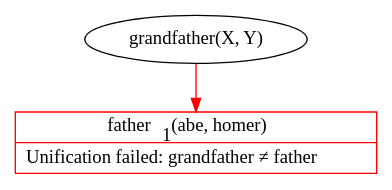
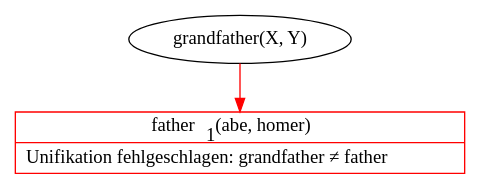
One commit to pbrinkmeier/viper changed the diagram in Documentation/Pflichtenheft/image/visualisation/02_root_fail.gv. Above: the diagram before and after it, drawn with Graphviz. The commit also changed 12 other files, not shown here.

```diff
--- a/Documentation/Pflichtenheft/image/visualisation/02_root_fail.gv
+++ b/Documentation/Pflichtenheft/image/visualisation/02_root_fail.gv
@@ -1,8 +1,8 @@
 digraph VIPER_visualization_root {
     node [fontname = "Fira Mono"];
 
     root [label = "grandfather(X, Y)"];
-    root_fail [shape = record, label = <{father<sub>1</sub>(abe, homer)|Unification failed: grandfather ≠ father}>, color = red];
+    root_fail [shape = record, label = <{father<sub>1</sub>(abe, homer)|Unifikation fehlgeschlagen: grandfather ≠ father}>, color = red];
 
     root -> root_fail [color = red];
 }
```
